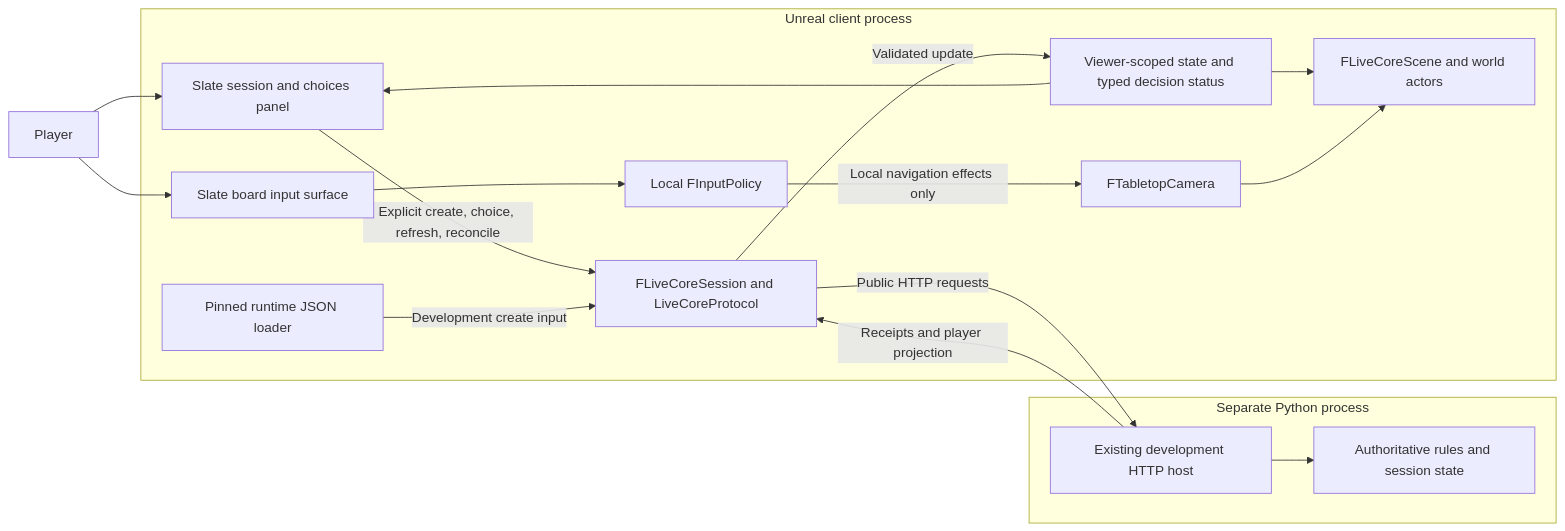
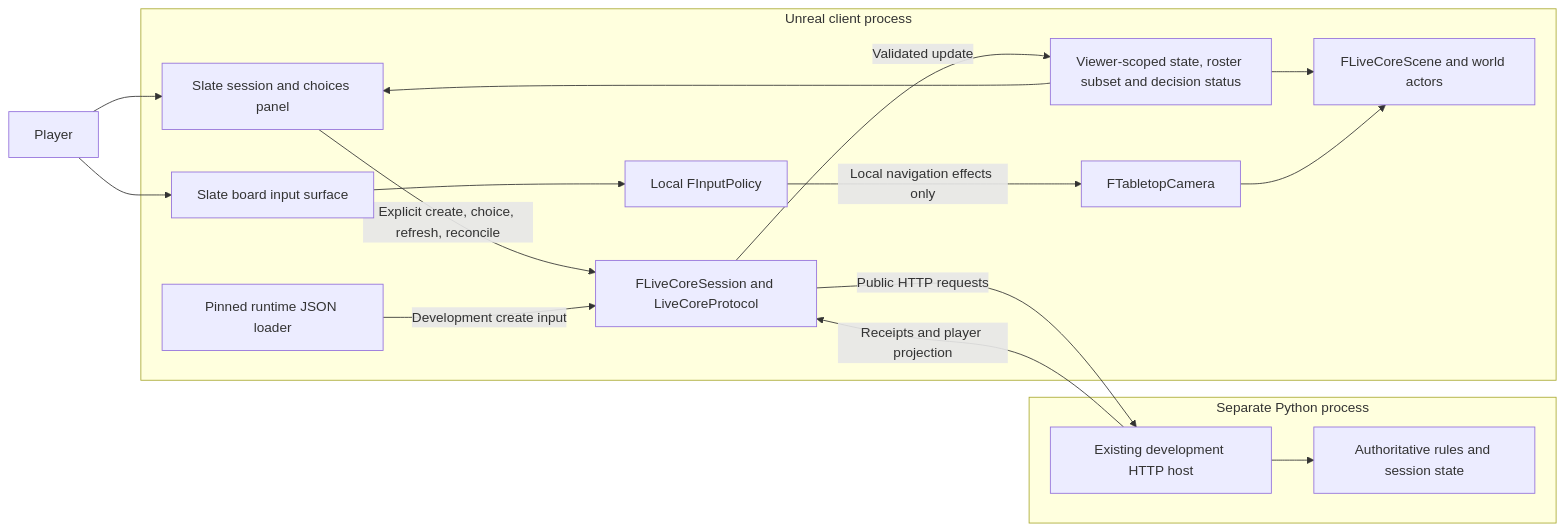
One commit to SobolGaming/Warhammer_40k_UI_unreal changed the first of 2 diagrams in architecture.md. Above: the diagram before and after it, drawn with Mermaid. The commit also changed other lines of this file and 22 other files, not shown here.

````diff
--- a/architecture.md
+++ b/architecture.md
@@ -41,31 +41,31 @@
 ```mermaid
 flowchart LR
     User[Player]
     subgraph Unreal[Unreal client process]
         Panel[Slate session and choices panel]
         Surface[Slate board input surface]
         Session[FLiveCoreSession and LiveCoreProtocol]
-        State[Viewer-scoped state and typed decision status]
+        State[Viewer-scoped state, roster subset and decision status]
         Scene[FLiveCoreScene and world actors]
         Camera[FTabletopCamera]
         Data[Pinned runtime JSON loader]
         Policy[Local FInputPolicy]
     end
     subgraph External[Separate Python process]
         Host[Existing development HTTP host]
         Core[Authoritative rules and session state]
         Host --> Core
     end
     User --> Panel
     User --> Surface
     Panel -->|Explicit create, choice, refresh, reconcile| Session
     Data -->|Development create input| Session
     Session -->|Public HTTP requests| Host
     Host -->|Receipts and player projection| Session
     Session -->|Validated update| State
     State --> Panel
     State --> Scene
     Surface --> Policy
     Policy -->|Local navigation effects only| Camera
     Camera --> Scene
 ```
````
